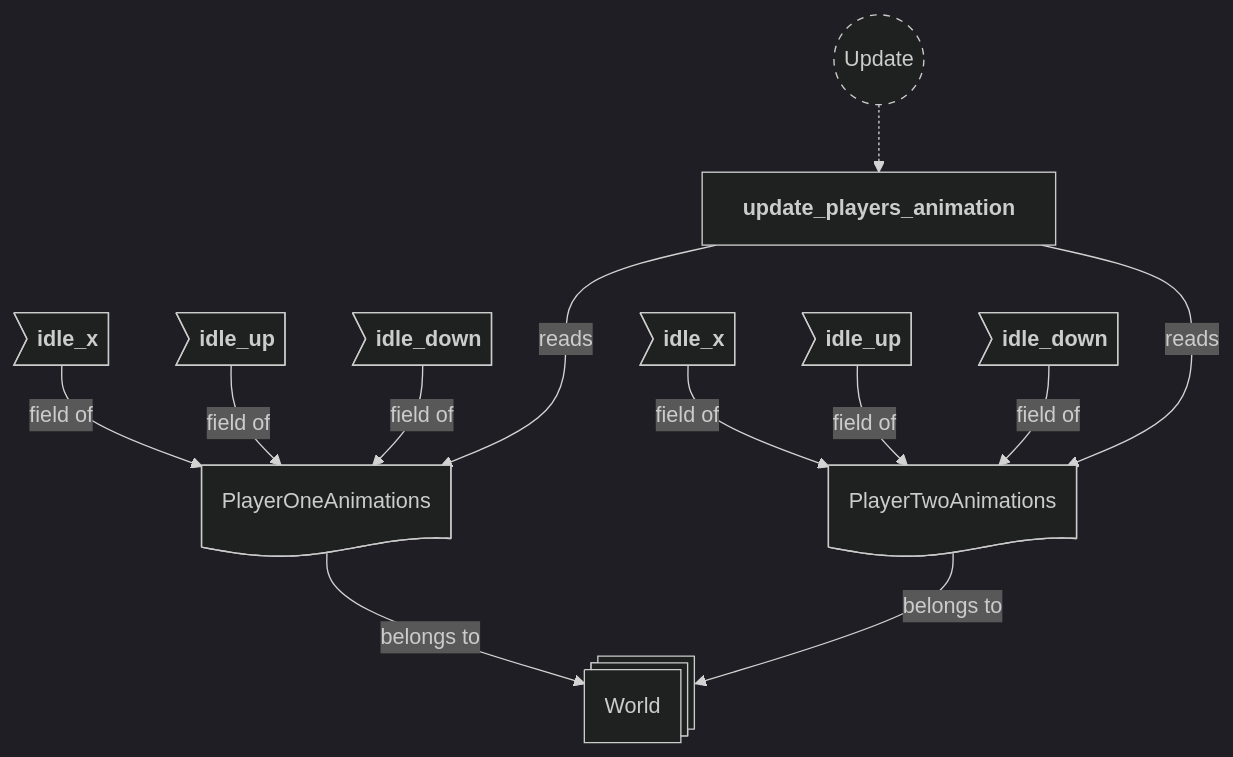
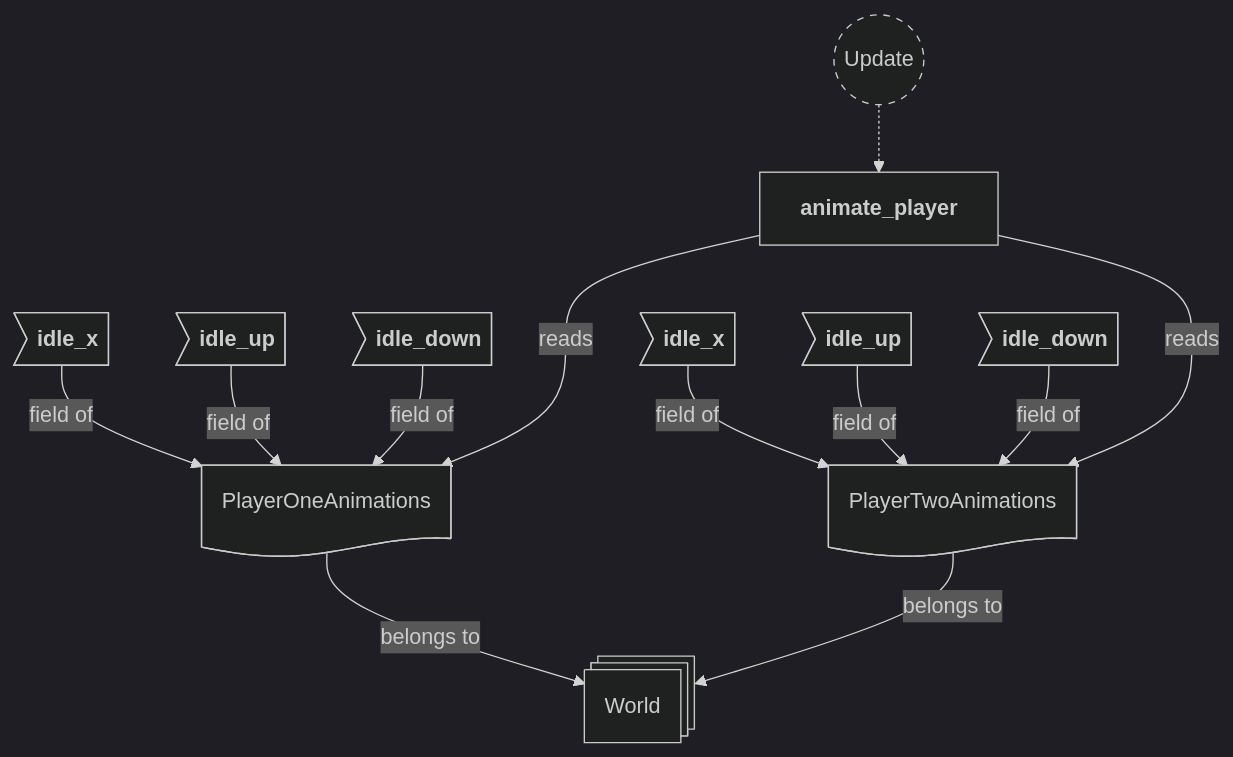
One commit to neurosoup/tyled changed the tenth of 24 diagrams in backlog/docs/doc-5 - 004-Animations-plugin.md. Above: the diagram before and after it, drawn with Mermaid. The commit also changed other lines of this file and 4 other files, not shown here.

````diff
--- a/backlog/docs/doc-5 - 004-Animations-plugin.md
+++ b/backlog/docs/doc-5 - 004-Animations-plugin.md
@@ -390,39 +390,39 @@
 ```mermaid
 ---
 config:
   theme: dark
 ---
 
 flowchart TD
 classDef system-group stroke-dasharray: 5 5
 
 update(("`Update`")):::system-group
-update_players_animation["`**update_players_animation**`"]
+animate_player["`**animate_player**`"]
 
-update -.-> update_players_animation
+update -.-> animate_player
 
 world@{ shape: st-rect, label: "World" }
 
 p1_res@{ shape: doc, label: "PlayerOneAnimations" }
 p2_res@{ shape: doc, label: "PlayerTwoAnimations" }
 
 p1_idle_x>"`**idle_x**`"]
 p1_idle_up>"`**idle_up**`"]
 p1_idle_down>"`**idle_down**`"]
 
 p2_idle_x>"`**idle_x**`"]
 p2_idle_up>"`**idle_up**`"]
 p2_idle_down>"`**idle_down**`"]
 
 p1_res --> |belongs to| world
 p2_res --> |belongs to| world
 p1_idle_x --> |field of| p1_res
 p1_idle_up --> |field of| p1_res
 p1_idle_down --> |field of| p1_res
 p2_idle_x --> |field of| p2_res
 p2_idle_up --> |field of| p2_res
 p2_idle_down --> |field of| p2_res
 
-update_players_animation ---> |reads| p1_res
-update_players_animation ---> |reads| p2_res
+animate_player ---> |reads| p1_res
+animate_player ---> |reads| p2_res
 ```
````
